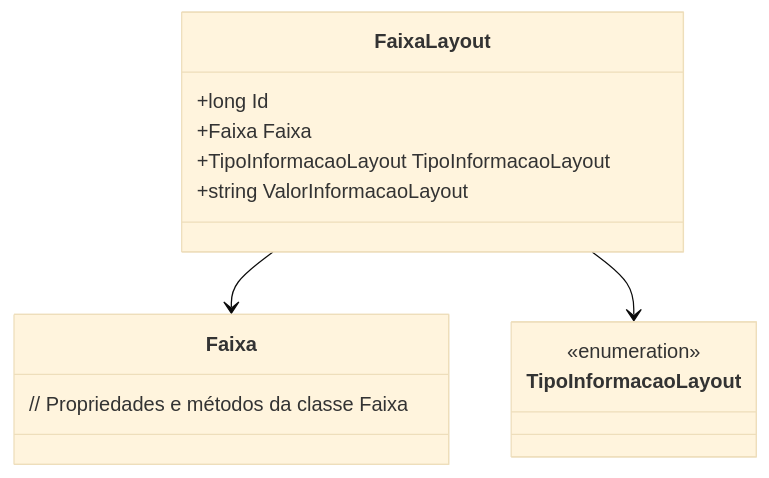
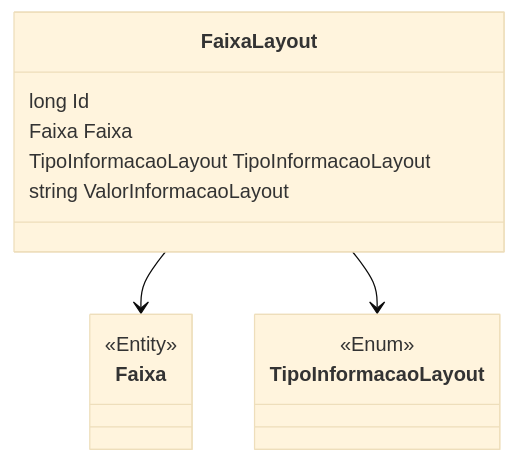
Before and after one commit to IsthmusSistemas/documentacao-tecnica: the diagram in docs/b2b-dominio/IsthmusWinthor.Nucleo/IsthmusWinthor.Dominio/Entidades/FaixaLayout.md, drawn with Mermaid (base theme). The commit also changed other lines of this file and 882 other files, not shown here.

````diff
--- a/docs/b2b-dominio/IsthmusWinthor.Nucleo/IsthmusWinthor.Dominio/Entidades/FaixaLayout.md
+++ b/docs/b2b-dominio/IsthmusWinthor.Nucleo/IsthmusWinthor.Dominio/Entidades/FaixaLayout.md
@@ -21,20 +21,20 @@
 ```mermaid
 classDiagram
     class FaixaLayout {
-        +long Id
-        +Faixa Faixa
-        +TipoInformacaoLayout TipoInformacaoLayout
-        +string ValorInformacaoLayout
+        long Id
+        Faixa Faixa
+        TipoInformacaoLayout TipoInformacaoLayout
+        string ValorInformacaoLayout
     }
     
     class Faixa {
-        // Propriedades e métodos da classe Faixa
+        <<Entity>>
     }
 
     class TipoInformacaoLayout {
-        <<enumeration>>
+        <<Enum>>
     }
 
     FaixaLayout --> Faixa
     FaixaLayout --> TipoInformacaoLayout
 ```
````
